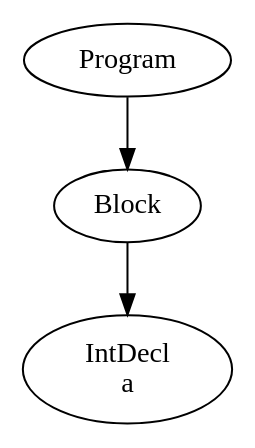
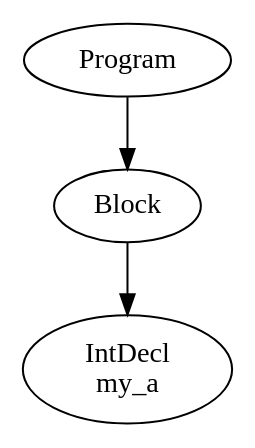
The diagram in official/res/solutions/assignments1.dot (FedericoQuin/Compilers), drawn with Graphviz before and after one commit. The commit also changed 2 other files, not shown here.

```diff
--- a/official/res/solutions/assignments1.dot
+++ b/official/res/solutions/assignments1.dot
@@ -1,7 +1,7 @@
 digraph AST {
 0 [label="Program"];
 1 [label="Block"];
-2 [label="IntDecl \na"];
+2 [label="IntDecl \nmy_a"];
 1 -> 2;
 0 -> 1;
 }
```
